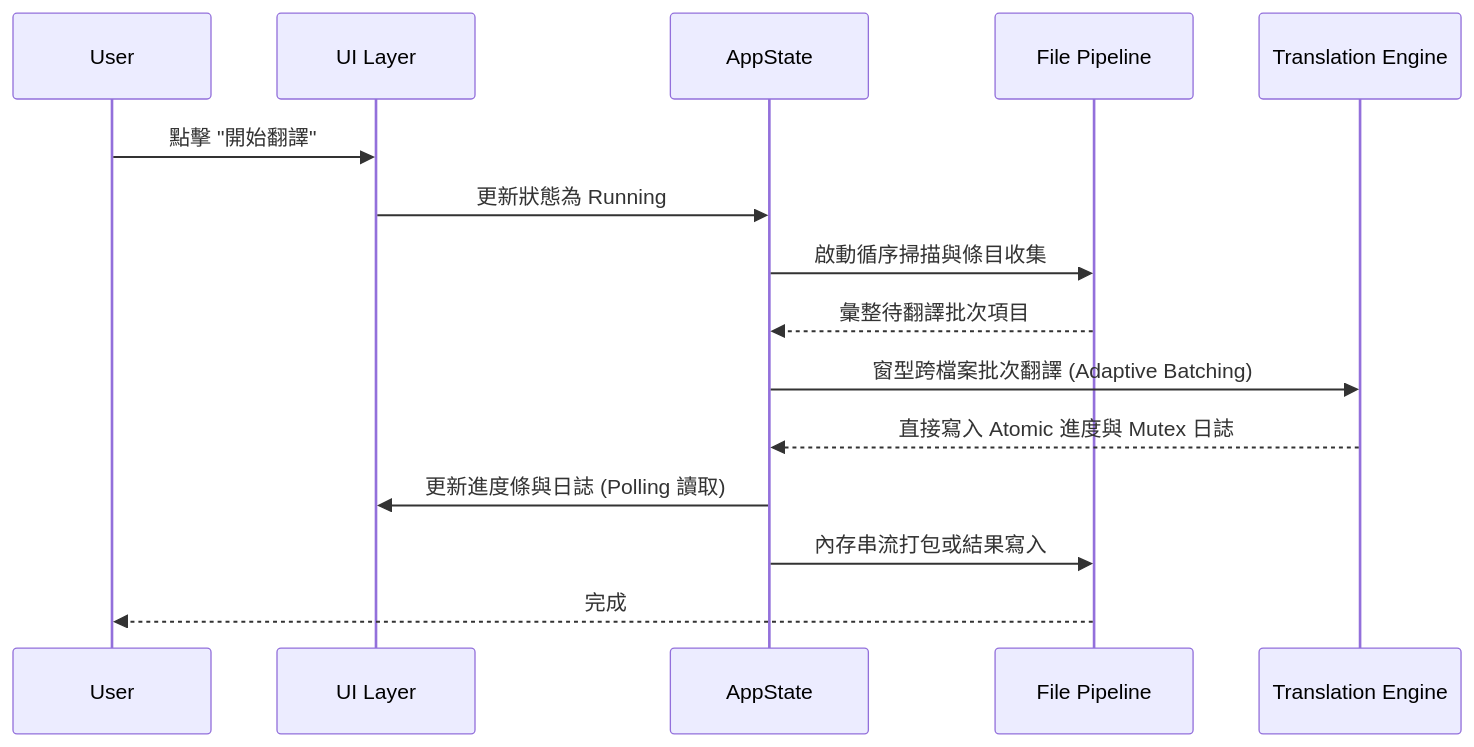
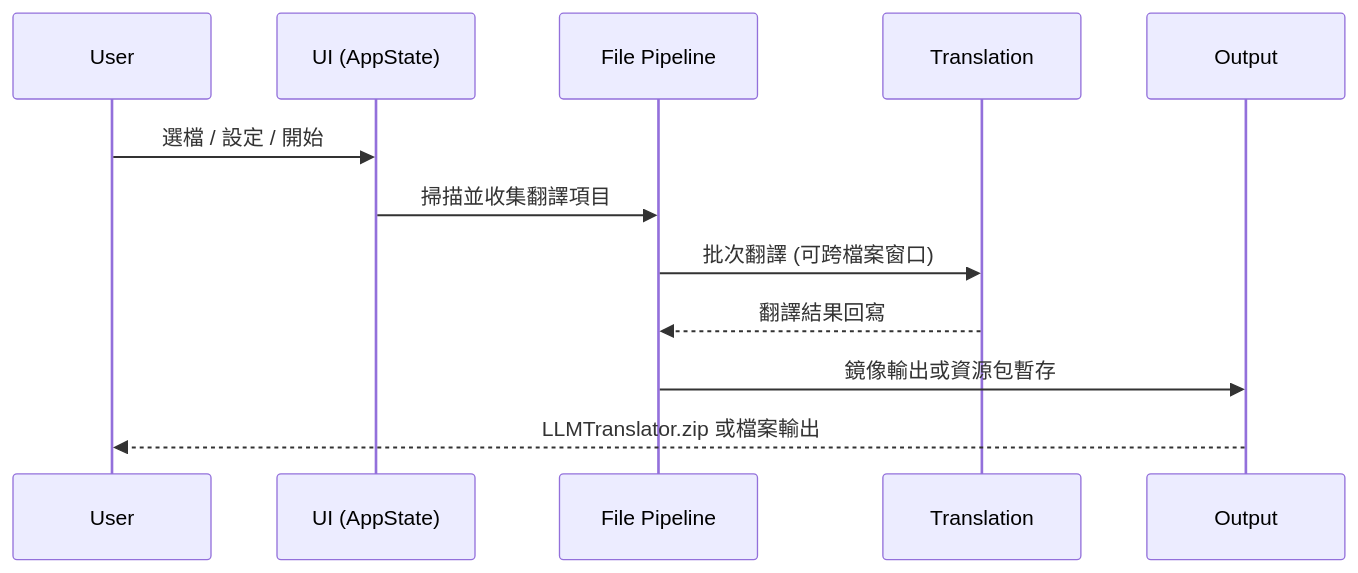
One commit to mn12345678910/mc_translator changed the diagram in docs/architecture/overview.md. Above: the diagram before and after it, drawn with Mermaid. The commit also changed other lines of this file and 14 other files, not shown here.

````diff
--- a/docs/architecture/overview.md
+++ b/docs/architecture/overview.md
@@ -36,18 +18,15 @@
 ```mermaid
 sequenceDiagram
     participant U as User
-    participant UI as UI Layer
-    participant S as AppState
+    participant UI as UI (AppState)
     participant F as File Pipeline
-    participant T as Translation Engine
-    
-    U->>UI: 點擊 "開始翻譯"
-    UI->>S: 更新狀態為 Running
-    S->>F: 啟動循序掃描與條目收集
-    F-->>S: 彙整待翻譯批次項目
-    S->>T: 窗型跨檔案批次翻譯 (Adaptive Batching)
-    T-->>S: 直接寫入 Atomic 進度與 Mutex 日誌
-    S->>UI: 更新進度條與日誌 (Polling 讀取)
-    S->>F: 內存串流打包或結果寫入
-    F-->>U: 完成
+    participant T as Translation
+    participant O as Output
+
+    U->>UI: 選檔 / 設定 / 開始
+    UI->>F: 掃描並收集翻譯項目
+    F->>T: 批次翻譯 (可跨檔案窗口)
+    T-->>F: 翻譯結果回寫
+    F->>O: 鏡像輸出或資源包暫存
+    O-->>U: LLMTranslator.zip 或檔案輸出
 ```
````
